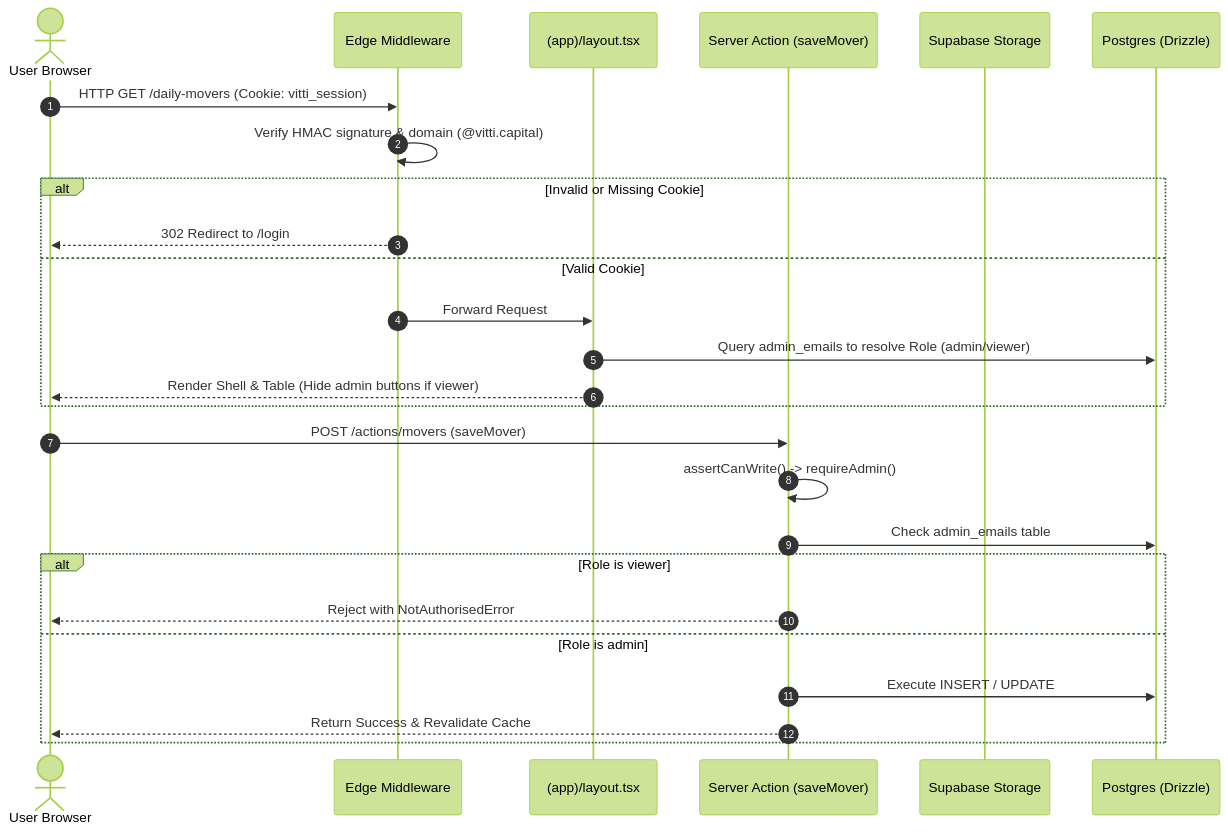
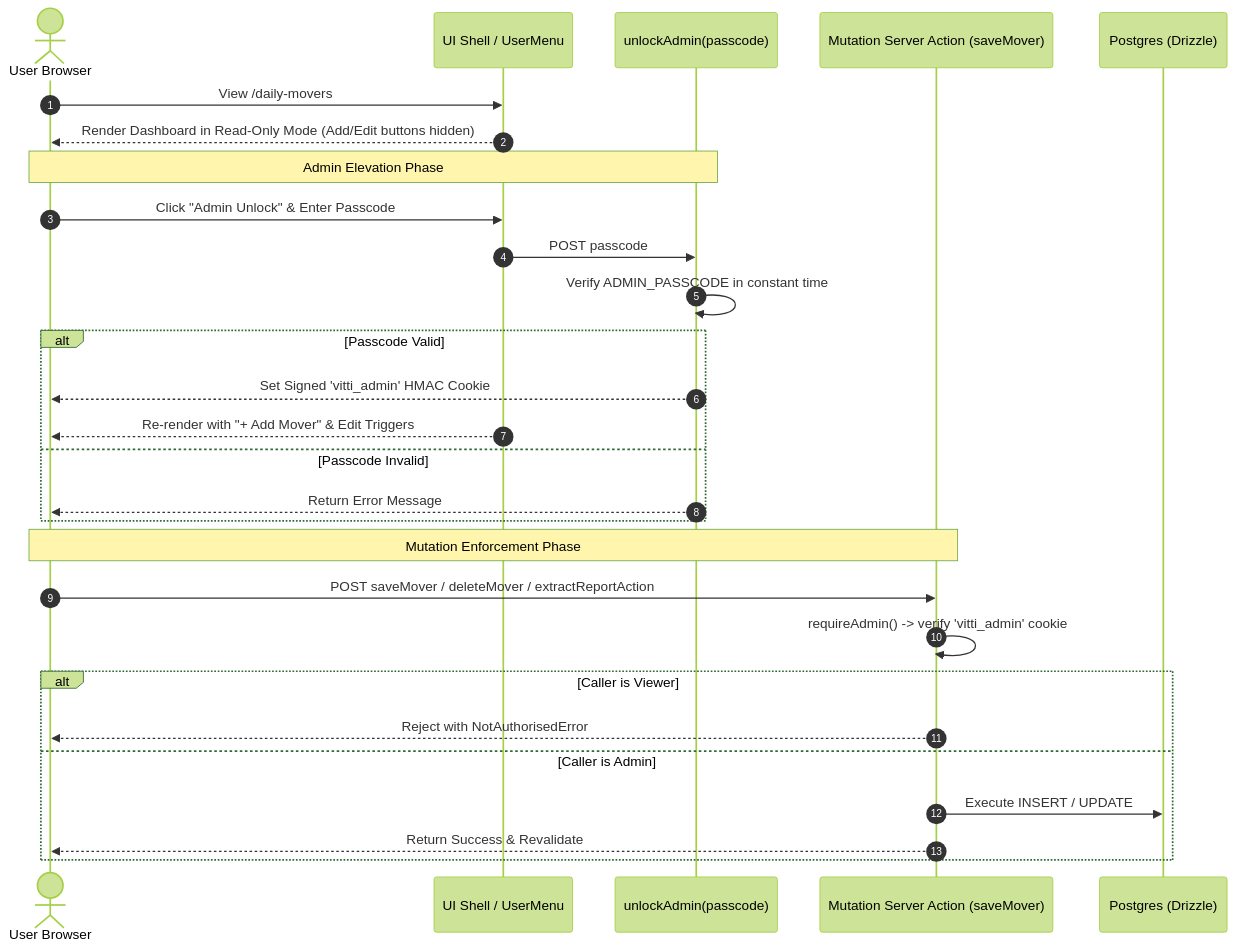
One commit to Vitti-Capital-Tech/daily-movers-dashboard changed the second of 3 diagrams in docs/HLD.md. Above: the diagram before and after it, drawn with Mermaid (forest theme). The commit also changed other lines of this file and 11 other files, not shown here.

````diff
--- a/docs/HLD.md
+++ b/docs/HLD.md
@@ -145,30 +145,33 @@
 ```mermaid
 sequenceDiagram
     autonumber
     actor User as User Browser
-    participant MW as Edge Middleware
-    participant Layout as (app)/layout.tsx
-    participant Action as Server Action (saveMover)
-    participant Storage as Supabase Storage
+    participant Shell as UI Shell / UserMenu
+    participant UnlockAction as unlockAdmin(passcode)
+    participant Action as Mutation Server Action (saveMover)
     participant DB as Postgres (Drizzle)
 
-    User->>MW: HTTP GET /daily-movers (Cookie: vitti_session)
-    MW->>MW: Verify HMAC signature & domain (@vitti.capital)
-    alt Invalid or Missing Cookie
-        MW-->>User: 302 Redirect to /login
-    else Valid Cookie
-        MW->>Layout: Forward Request
-        Layout->>DB: Query admin_emails to resolve Role (admin/viewer)
-        Layout-->>User: Render Shell & Table (Hide admin buttons if viewer)
+    User->>Shell: View /daily-movers
+    Shell-->>User: Render Dashboard in Read-Only Mode (Add/Edit buttons hidden)
+
+    Note over User,UnlockAction: Admin Elevation Phase
+    User->>Shell: Click "Admin Unlock" & Enter Passcode
+    Shell->>UnlockAction: POST passcode
+    UnlockAction->>UnlockAction: Verify ADMIN_PASSCODE in constant time
+    alt Passcode Valid
+        UnlockAction-->>User: Set Signed 'vitti_admin' HMAC Cookie
+        Shell-->>User: Re-render with "+ Add Mover" & Edit Triggers
+    else Passcode Invalid
+        UnlockAction-->>User: Return Error Message
     end
 
-    User->>Action: POST /actions/movers (saveMover)
-    Action->>Action: assertCanWrite() -> requireAdmin()
-    Action->>DB: Check admin_emails table
-    alt Role is viewer
+    Note over User,Action: Mutation Enforcement Phase
+    User->>Action: POST saveMover / deleteMover / extractReportAction
+    Action->>Action: requireAdmin() -> verify 'vitti_admin' cookie
+    alt Caller is Viewer
         Action-->>User: Reject with NotAuthorisedError
-    else Role is admin
+    else Caller is Admin
         Action->>DB: Execute INSERT / UPDATE
-        Action-->>User: Return Success & Revalidate Cache
+        Action-->>User: Return Success & Revalidate
     end
 ```
````
